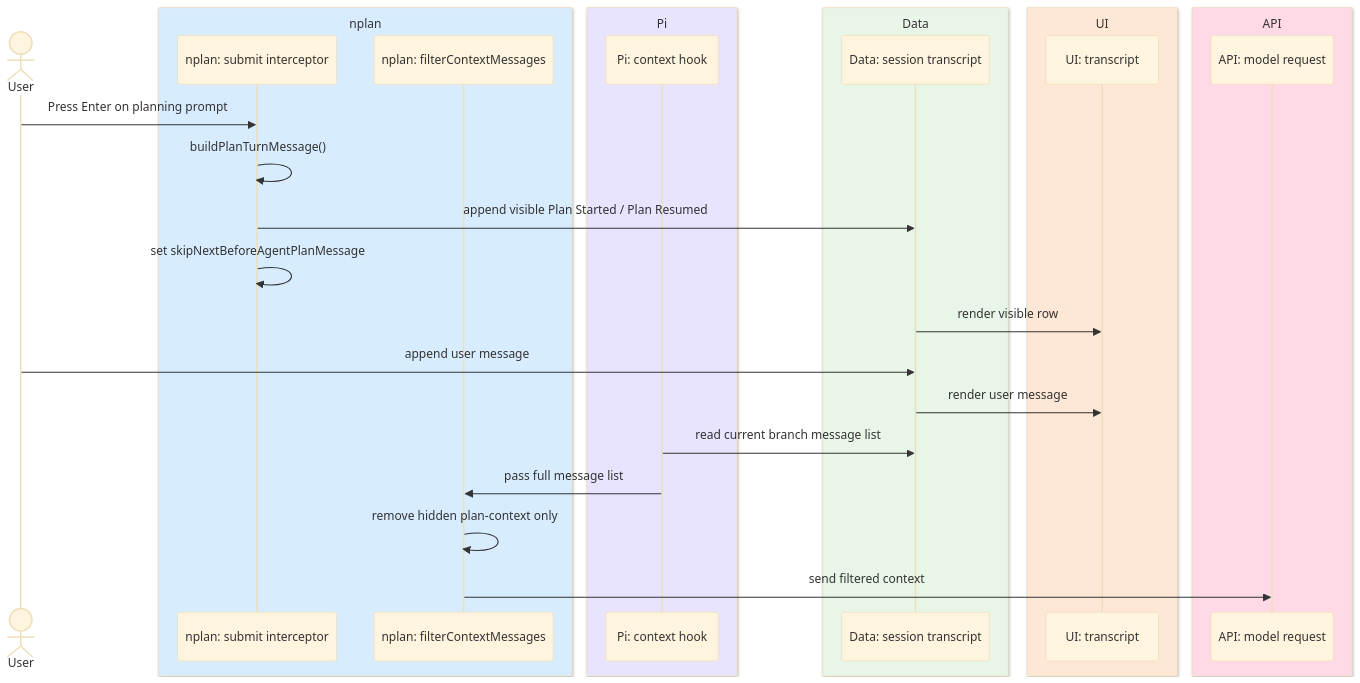
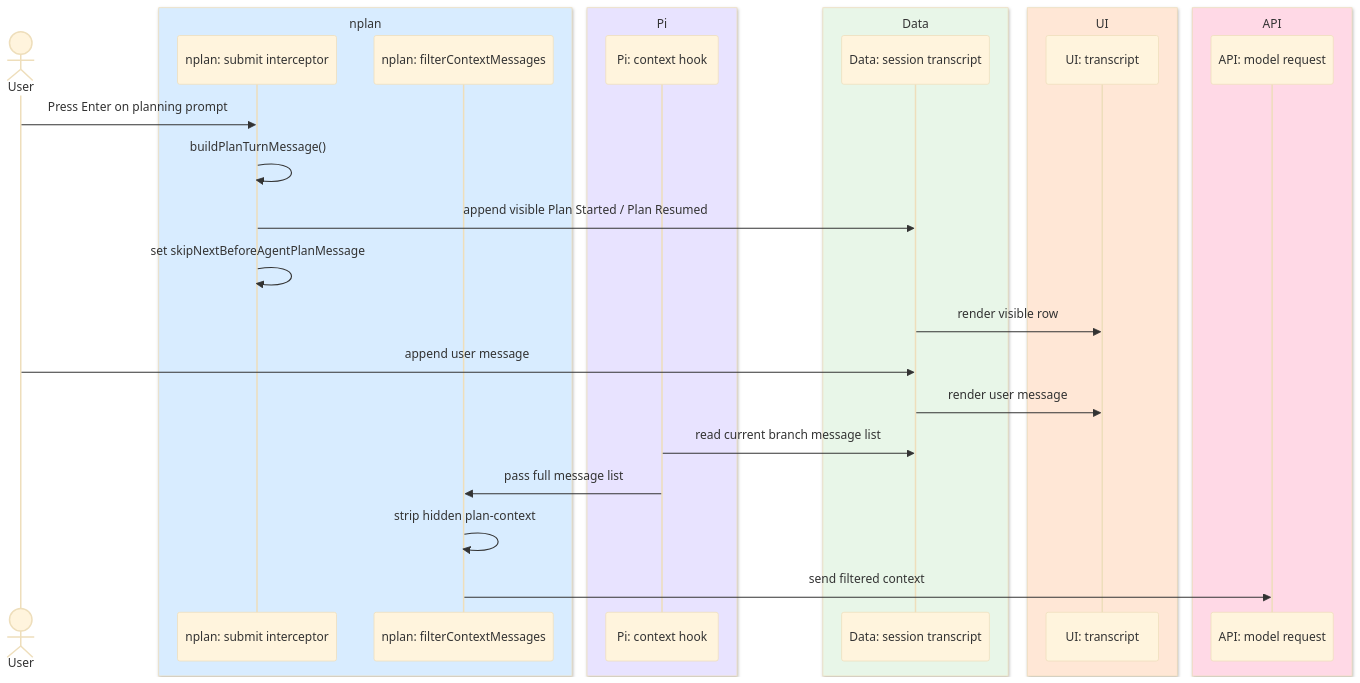
Before and after one commit to pyronaur/nplan: the third of 6 diagrams in docs/planning-message-lifecycle.md, drawn with Mermaid (base theme). The commit also changed other lines of this file, not shown here.

First line of the commit message:
Clarify planning context-filter terminology for lifecycle docs

````diff
--- a/docs/planning-message-lifecycle.md
+++ b/docs/planning-message-lifecycle.md
@@ -106,32 +106,32 @@
 ```mermaid
 sequenceDiagram
     actor U as User
     box rgb(216,236,255) nplan
         participant T as nplan: submit interceptor
         participant F as nplan: filterContextMessages
     end
     box rgb(232,227,255) Pi
         participant C as Pi: context hook
     end
     box rgb(232,246,232) Data
         participant S as Data: session transcript
     end
     box rgb(255,231,214) UI
         participant UI as UI: transcript
     end
     box rgb(255,217,230) API
         participant M as API: model request
     end
 
     U->>T: Press Enter on planning prompt
     T->>T: buildPlanTurnMessage()
     T->>S: append visible Plan Started / Plan Resumed
     T->>T: set skipNextBeforeAgentPlanMessage
     S->>UI: render visible row
     U->>S: append user message
     S->>UI: render user message
     C->>S: read current branch message list
     C->>F: pass full message list
-    F->>F: remove hidden plan-context only
+    F->>F: strip hidden plan-context
     F->>M: send filtered context
 ```
````
